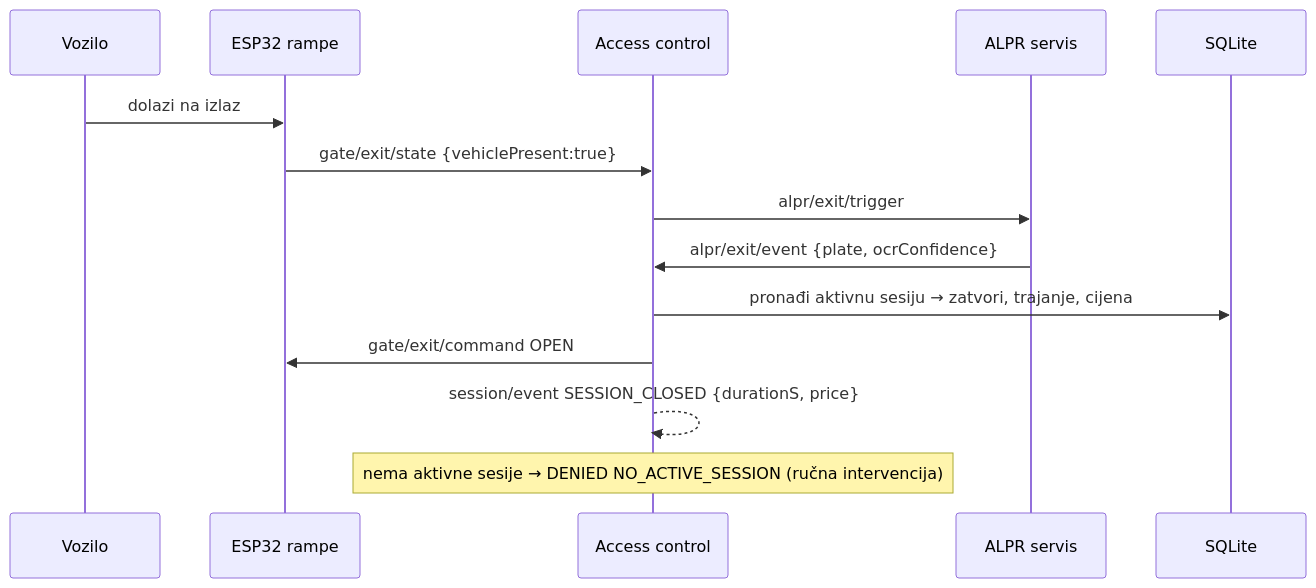
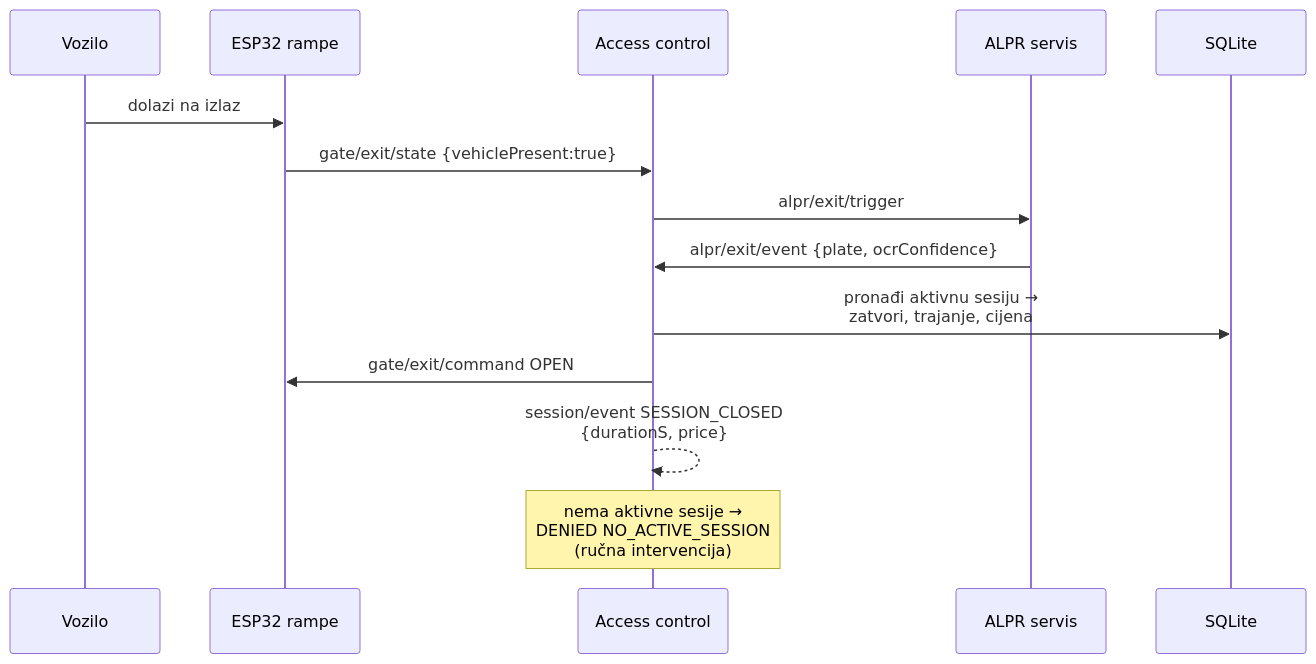
One commit to iampaviic/IoTGarage changed the third of 6 diagrams in PROJEKT/sustav/arhitektura.md. Above: the diagram before and after it, drawn with Mermaid. The commit also changed other lines of this file, not shown here.

First line of the commit message:
Architecture: fix variant B flows, make diagram text fit

````diff
--- a/PROJEKT/sustav/arhitektura.md
+++ b/PROJEKT/sustav/arhitektura.md
@@ -103,16 +113,16 @@
 ```mermaid
 sequenceDiagram
   participant V as Vozilo
   participant R as ESP32 rampe
   participant AC as Access control
   participant A as ALPR servis
   participant DB as SQLite
   V->>R: dolazi na izlaz
   R->>AC: gate/exit/state {vehiclePresent:true}
   AC->>A: alpr/exit/trigger
   A->>AC: alpr/exit/event {plate, ocrConfidence}
-  AC->>DB: pronađi aktivnu sesiju → zatvori, trajanje, cijena
+  AC->>DB: pronađi aktivnu sesiju →<br/>zatvori, trajanje, cijena
   AC->>R: gate/exit/command OPEN
-  AC-->>AC: session/event SESSION_CLOSED {durationS, price}
-  Note over AC: nema aktivne sesije → DENIED NO_ACTIVE_SESSION (ručna intervencija)
+  AC-->>AC: session/event SESSION_CLOSED<br/>{durationS, price}
+  Note over AC: nema aktivne sesije →<br/>DENIED NO_ACTIVE_SESSION<br/>(ručna intervencija)
 ```
````
